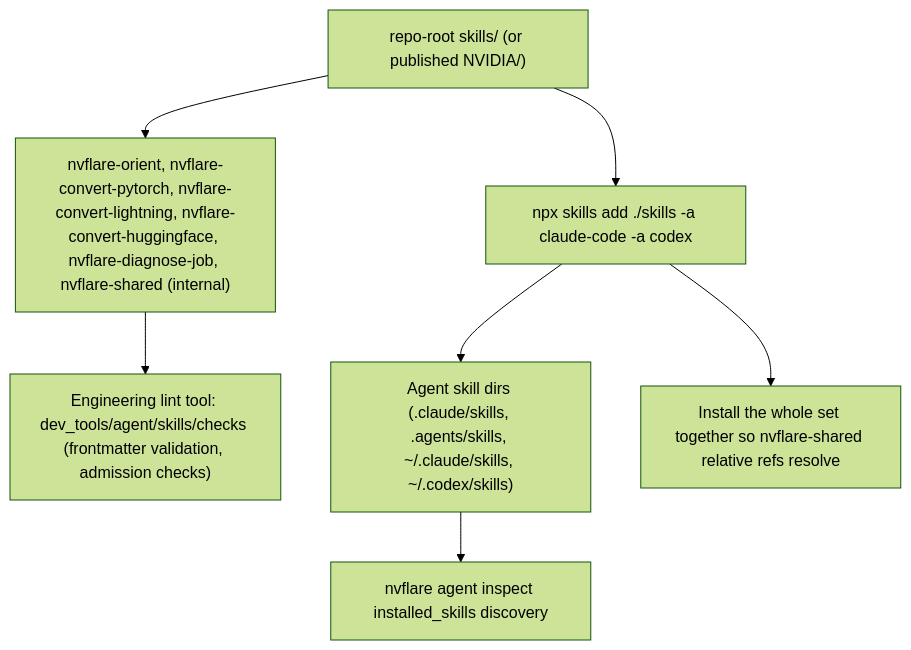
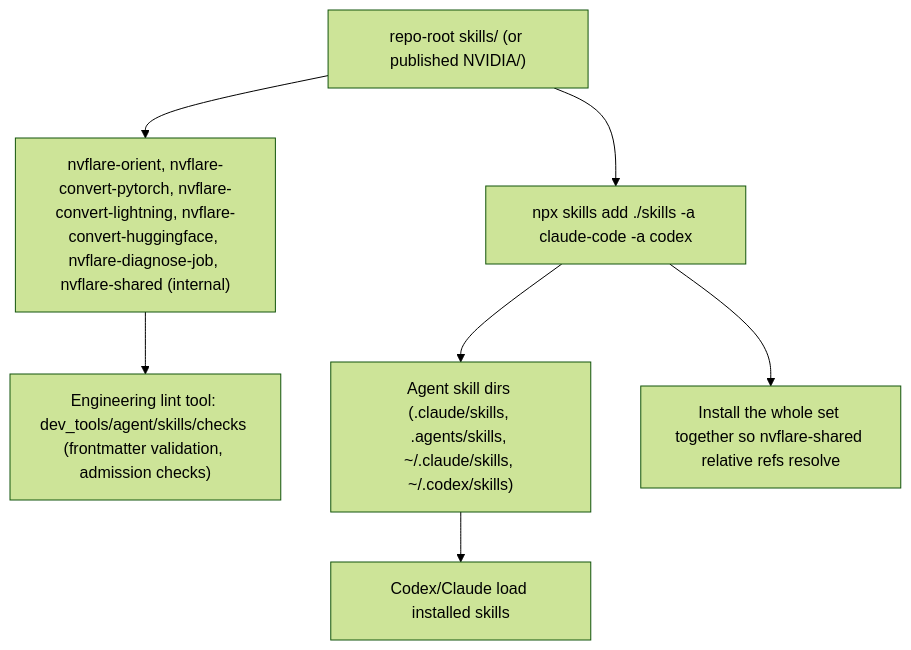
Before and after one commit to NVIDIA/NVFlare: the fourth of 5 diagrams in docs/design/skills_architecture.md, drawn with Mermaid (forest theme). The commit also changed other lines of this file and 50 other files, not shown here.

Commit message:
Simplify agent inspector architecture

````diff
--- a/docs/design/skills_architecture.md
+++ b/docs/design/skills_architecture.md
@@ -210,12 +210,12 @@
 ```mermaid
 flowchart TD
     SkillsRoot["repo-root skills/ (or published NVIDIA/<skills-repo>)"] --> SkillDirs["nvflare-orient, nvflare-convert-pytorch, nvflare-convert-lightning, nvflare-convert-huggingface, nvflare-diagnose-job, nvflare-shared (internal)"]
 
     SkillDirs --> Lint["Engineering lint tool: dev_tools/agent/skills/checks (frontmatter validation, admission checks)"]
 
     SkillsRoot --> Install["npx skills add ./skills -a claude-code -a codex"]
     Install --> Target["Agent skill dirs (.claude/skills, .agents/skills, ~/.claude/skills, ~/.codex/skills)"]
-    Target --> Discover["nvflare agent inspect installed_skills discovery"]
+    Target --> Discover["Codex/Claude load installed skills"]
 
     Install --> WholeSet["Install the whole set together so nvflare-shared relative refs resolve"]
 ```
````
